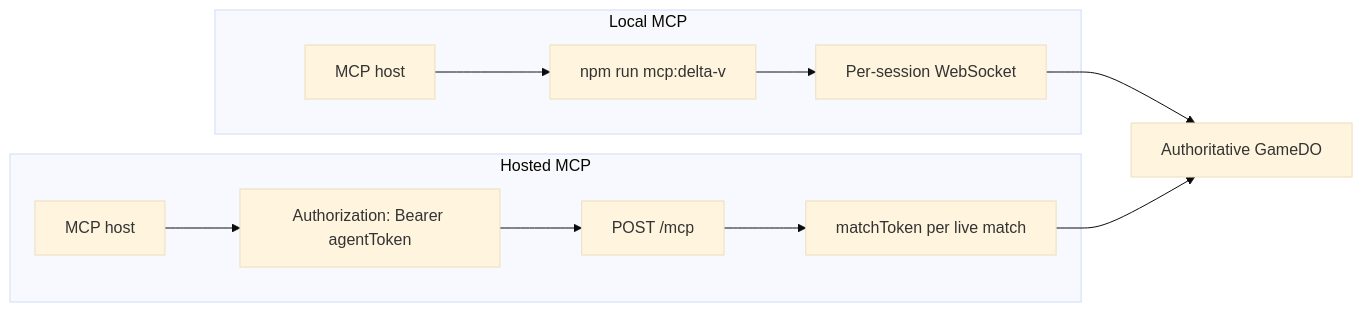
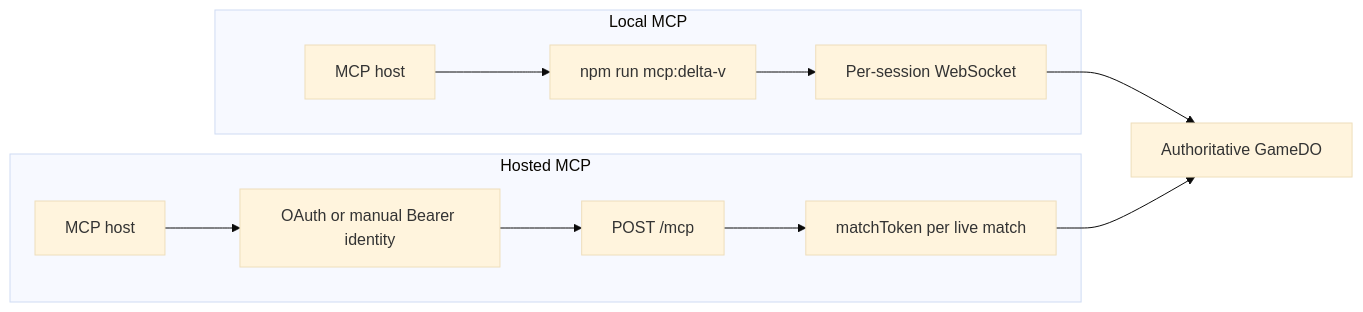
One commit to tre-systems/delta-v changed the first of 2 diagrams in docs/DELTA_V_MCP.md. Above: the diagram before and after it, drawn with Mermaid (base theme). The commit also changed other lines of this file and 29 other files, not shown here.

````diff
--- a/docs/DELTA_V_MCP.md
+++ b/docs/DELTA_V_MCP.md
@@ -21,20 +21,20 @@
 ```mermaid
 flowchart LR
   subgraph Local["Local MCP"]
     Host1["MCP host"]
     StdIO["npm run mcp:delta-v"]
     WS["Per-session WebSocket"]
     Host1 --> StdIO --> WS
   end
 
   subgraph Hosted["Hosted MCP"]
     Host2["MCP host"]
-    Auth["Authorization: Bearer agentToken"]
+    Auth["OAuth or manual Bearer identity"]
     HTTP["POST /mcp"]
     Match["matchToken per live match"]
     Host2 --> Auth --> HTTP --> Match
   end
 
   WS --> Game["Authoritative GameDO"]
   Match --> Game
 ```
````
